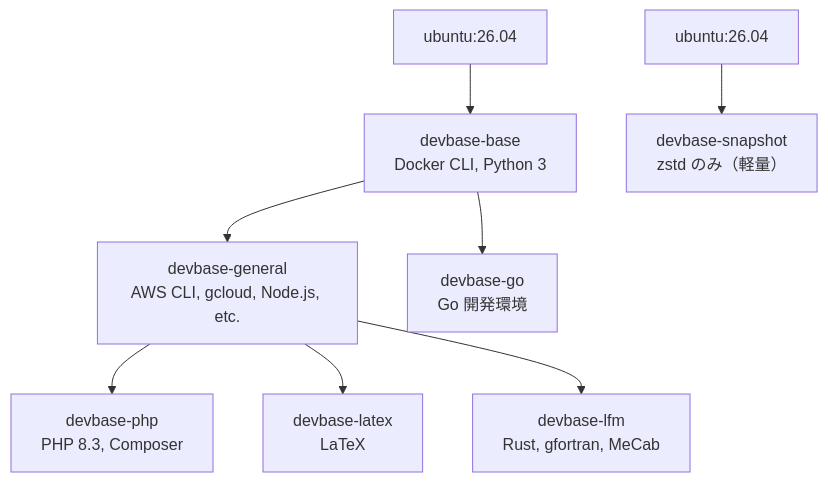
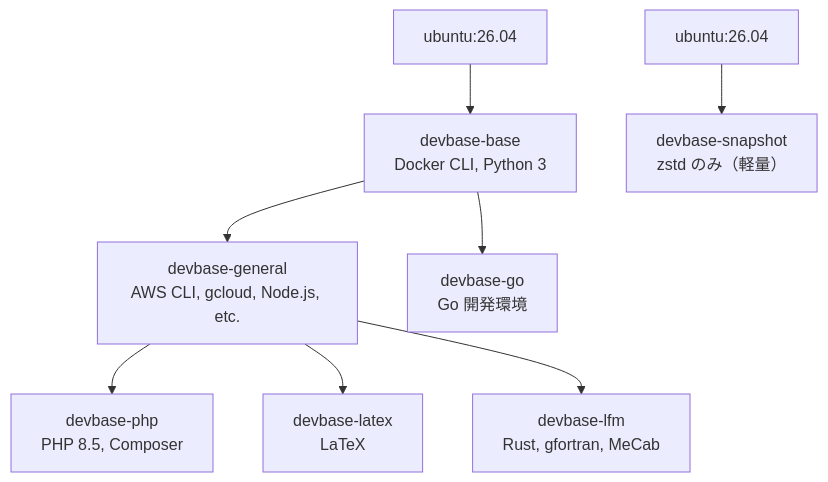
One commit to devbasex/devbase changed the second of 2 diagrams in docs/developer/extending.md. Above: the diagram before and after it, drawn with Mermaid. The commit also changed 4 other files, not shown here.

````diff
--- a/docs/developer/extending.md
+++ b/docs/developer/extending.md
@@ -242,11 +242,11 @@
 ```mermaid
 flowchart TB
     Ubuntu["ubuntu:26.04"] --> Base["devbase-base<br/>Docker CLI, Python 3"]
     Base --> General["devbase-general<br/>AWS CLI, gcloud, Node.js, etc."]
     Base --> Go["devbase-go<br/>Go 開発環境"]
-    General --> PHP["devbase-php<br/>PHP 8.3, Composer"]
+    General --> PHP["devbase-php<br/>PHP 8.5, Composer"]
     General --> LaTeX["devbase-latex<br/>LaTeX"]
     General --> LFM["devbase-lfm<br/>Rust, gfortran, MeCab"]
 
     Ubuntu2["ubuntu:26.04"] --> Snapshot["devbase-snapshot<br/>zstd のみ（軽量）"]
 ```
````
